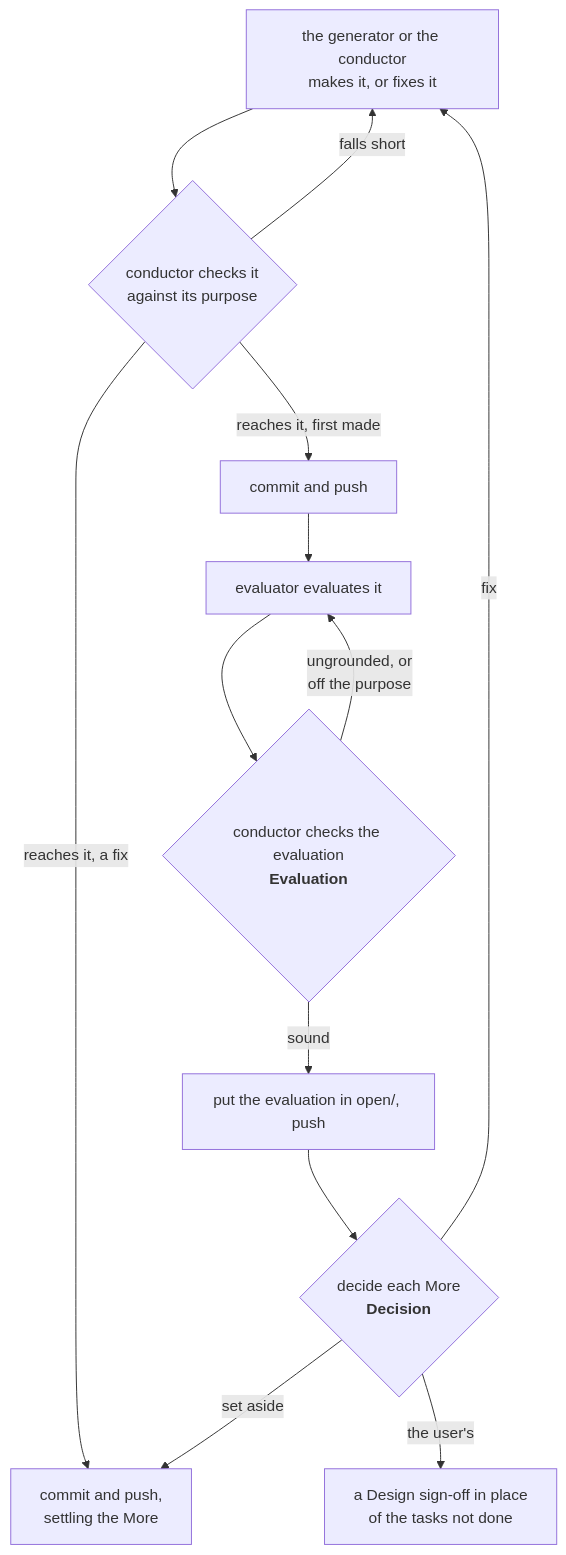
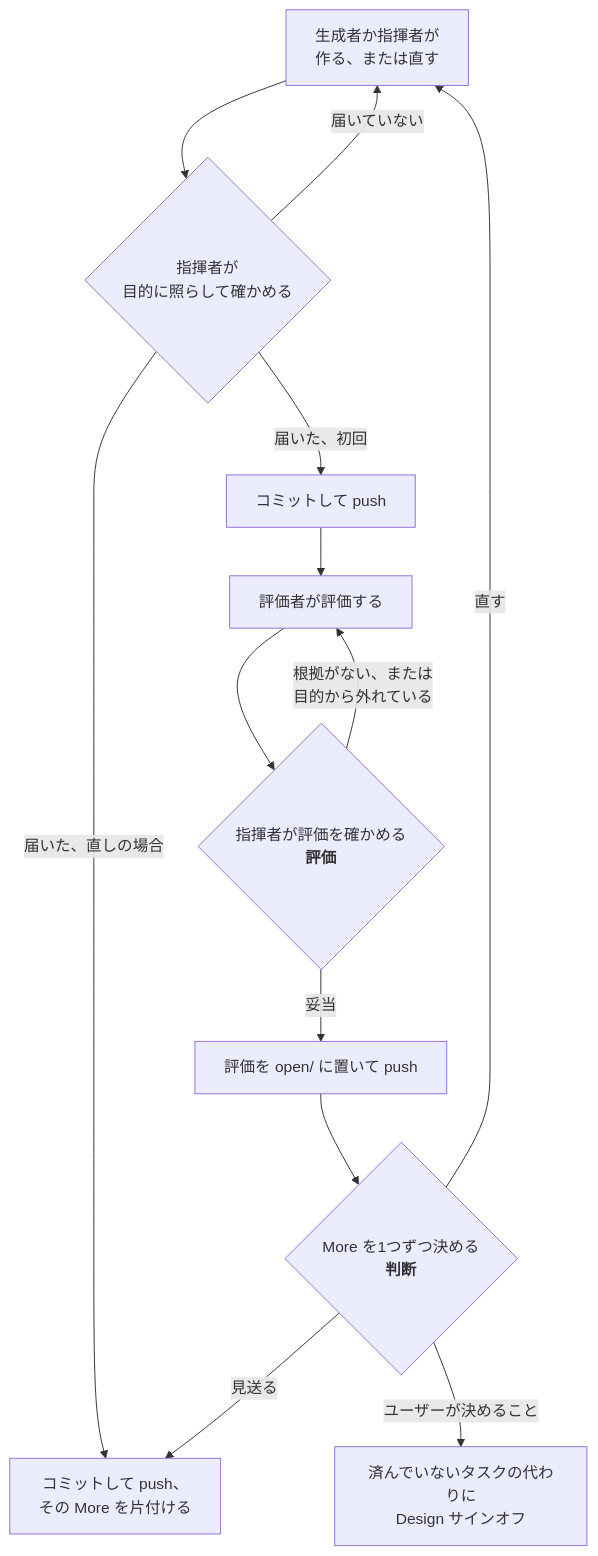
Before and after one commit to lovaizu/ccpm: the third of 4 diagrams in rn/docs/design.md, drawn with Mermaid. The commit also changed other lines of this file, not shown here.

Commit message:
docs(rn): design.md in Japanese for the review, to be put back in English after it

````diff
--- a/rn/docs/design.md
+++ b/rn/docs/design.md
@@ -106,24 +88,24 @@
 ```mermaid
 flowchart TD
-    M["the generator or the conductor<br/>makes it, or fixes it"]
-    K{"conductor checks it<br/>against its purpose"}
-    C["commit and push"]
-    V["evaluator evaluates it"]
-    KE{"conductor checks the evaluation<br/><b>Evaluation</b>"}
-    O["put the evaluation in open/, push"]
-    D{"decide each More<br/><b>Decision</b>"}
-    S["commit and push,<br/>settling the More"]
-    U["a Design sign-off in place<br/>of the tasks not done"]
+    M["生成者か指揮者が<br/>作る、または直す"]
+    K{"指揮者が<br/>目的に照らして確かめる"}
+    C["コミットして push"]
+    V["評価者が評価する"]
+    KE{"指揮者が評価を確かめる<br/><b>評価</b>"}
+    O["評価を open/ に置いて push"]
+    D{"More を1つずつ決める<br/><b>判断</b>"}
+    S["コミットして push、<br/>その More を片付ける"]
+    U["済んでいないタスクの代わりに<br/>Design サインオフ"]
     M --> K
-    K -->|"falls short"| M
-    K -->|"reaches it, first made"| C
+    K -->|"届いていない"| M
+    K -->|"届いた、初回"| C
     C --> V
     V --> KE
-    KE -->|"ungrounded, or<br/>off the purpose"| V
-    KE -->|"sound"| O
+    KE -->|"根拠がない、または<br/>目的から外れている"| V
+    KE -->|"妥当"| O
     O --> D
-    D -->|"fix"| M
-    K -->|"reaches it, a fix"| S
-    D -->|"set aside"| S
-    D -->|"the user's"| U
+    D -->|"直す"| M
+    K -->|"届いた、直しの場合"| S
+    D -->|"見送る"| S
+    D -->|"ユーザーが決めること"| U
 ```
````
